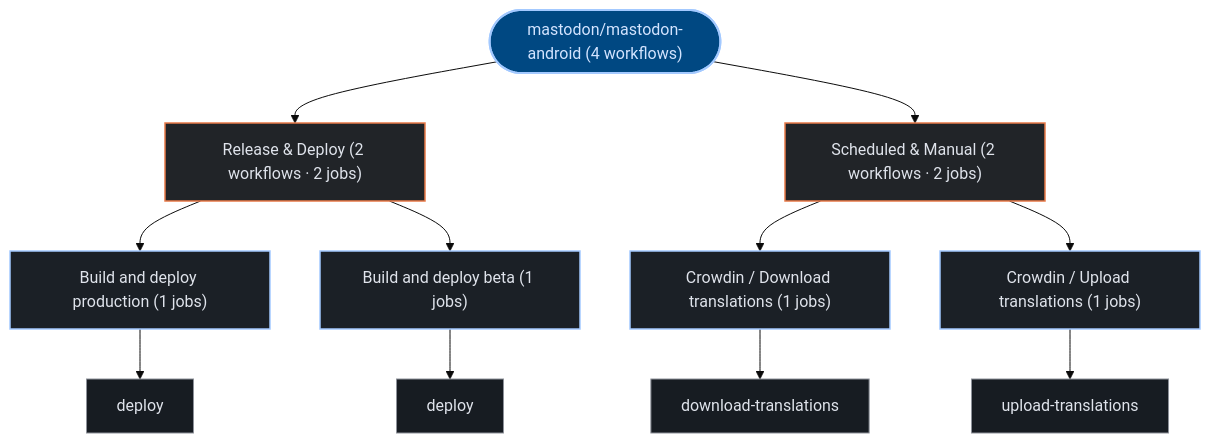
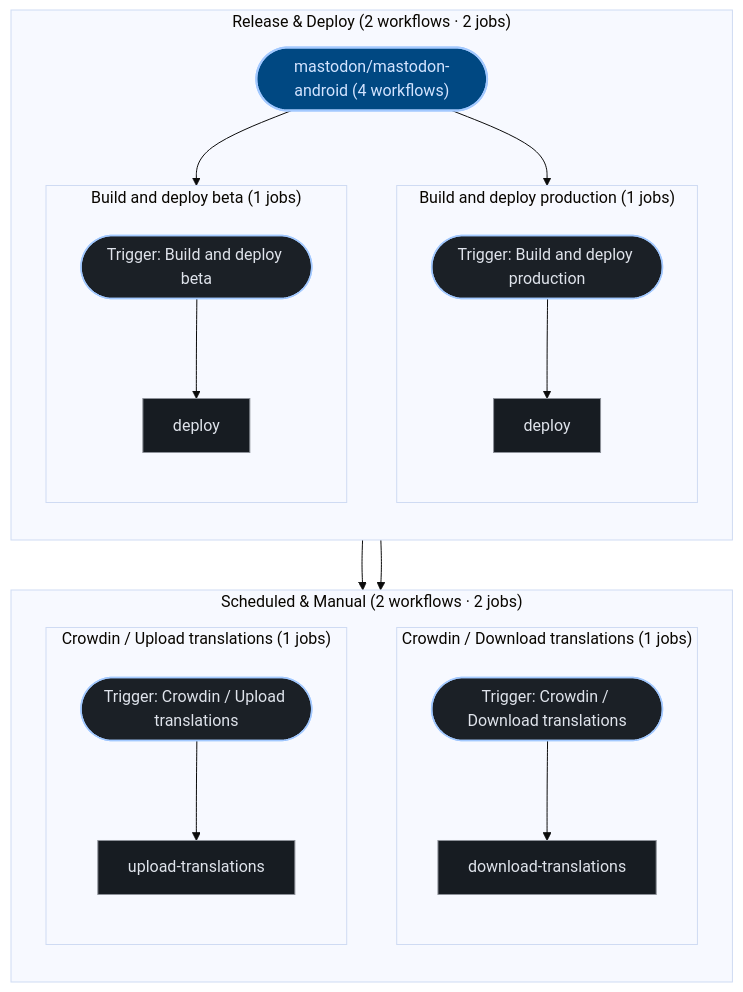
One commit to kumarshaz/atruss-code-atlas changed the second of 2 diagrams in exports/latest/reports/mastodon-mastodon-android-report.md. Above: the diagram before and after it, drawn with Mermaid (base theme). The commit also changed 181 other files, not shown here.

````diff
--- a/exports/latest/reports/mastodon-mastodon-android-report.md
+++ b/exports/latest/reports/mastodon-mastodon-android-report.md
@@ -106,31 +106,45 @@
 ```mermaid
 graph TD;
   classDef atlasRoot fill:#004882,stroke:#a3c9ff,stroke-width:2px,color:#d3e4ff
   classDef atlasCategory fill:#212428,stroke:#E87A48,stroke-width:1.5px,color:#dfe3eb
   classDef atlasWorkflow fill:#1b2026,stroke:#a3c9ff,stroke-width:1.5px,color:#dfe3eb
   classDef atlasJob fill:#171c22,stroke:#8d9199,stroke-width:1px,color:#dfe3eb
   classDef atlasTarget fill:#005227,stroke:#8bd99b,stroke-width:1.5px,color:#a7f6b6
   classDef atlasAlert fill:#93000a,stroke:#ffb4ab,stroke-width:1.5px,color:#ffdad6
   classDef atlasMore fill:#252a31,stroke:#8d9199,stroke-dasharray:4 4,color:#c3c6cf
   pipeline_root(["mastodon/mastodon-android (4 workflows)"]):::atlasRoot
-  grp_0_Release___Deploy["Release & Deploy (2 workflows · 2 jobs)"]:::atlasCategory
-  pipeline_root --> grp_0_Release___Deploy
-  wf_0_Build_and_deploy_production["Build and deploy production (1 jobs)"]:::atlasWorkflow
-  grp_0_Release___Deploy --> wf_0_Build_and_deploy_production
-  job_0_deploy["deploy"]:::atlasJob
-  wf_0_Build_and_deploy_production --> job_0_deploy
-  wf_1_Build_and_deploy_beta["Build and deploy beta (1 jobs)"]:::atlasWorkflow
-  grp_0_Release___Deploy --> wf_1_Build_and_deploy_beta
-  job_1_deploy["deploy"]:::atlasJob
-  wf_1_Build_and_deploy_beta --> job_1_deploy
-  grp_1_Scheduled___Manual["Scheduled & Manual (2 workflows · 2 jobs)"]:::atlasCategory
-  pipeline_root --> grp_1_Scheduled___Manual
-  wf_2_Crowdin___Download_translations["Crowdin / Download translations (1 jobs)"]:::atlasWorkflow
-  grp_1_Scheduled___Manual --> wf_2_Crowdin___Download_translations
-  job_2_download_translations["download-translations"]:::atlasJob
-  wf_2_Crowdin___Download_translations --> job_2_download_translations
-  wf_3_Crowdin___Upload_translations["Crowdin / Upload translations (1 jobs)"]:::atlasWorkflow
-  grp_1_Scheduled___Manual --> wf_3_Crowdin___Upload_translations
-  job_3_upload_translations["upload-translations"]:::atlasJob
-  wf_3_Crowdin___Upload_translations --> job_3_upload_translations
+  subgraph sg_grp_0_Release___Deploy["Release & Deploy (2 workflows · 2 jobs)"]
+    direction TB
+    subgraph sg_wf_0_Build_and_deploy_production["Build and deploy production (1 jobs)"]
+      direction TB
+      wf_0_Build_and_deploy_production(["Trigger: Build and deploy production"]):::atlasWorkflow
+      job_0_deploy["deploy"]:::atlasJob
+      wf_0_Build_and_deploy_production --> job_0_deploy
+    end
+    pipeline_root --> wf_0_Build_and_deploy_production
+    subgraph sg_wf_1_Build_and_deploy_beta["Build and deploy beta (1 jobs)"]
+      direction TB
+      wf_1_Build_and_deploy_beta(["Trigger: Build and deploy beta"]):::atlasWorkflow
+      job_1_deploy["deploy"]:::atlasJob
+      wf_1_Build_and_deploy_beta --> job_1_deploy
+    end
+    pipeline_root --> wf_1_Build_and_deploy_beta
+  end
+  subgraph sg_grp_1_Scheduled___Manual["Scheduled & Manual (2 workflows · 2 jobs)"]
+    direction TB
+    subgraph sg_wf_2_Crowdin___Download_translations["Crowdin / Download translations (1 jobs)"]
+      direction TB
+      wf_2_Crowdin___Download_translations(["Trigger: Crowdin / Download translations"]):::atlasWorkflow
+      job_2_download_translations["download-translations"]:::atlasJob
+      wf_2_Crowdin___Download_translations --> job_2_download_translations
+    end
+    pipeline_root --> wf_2_Crowdin___Download_translations
+    subgraph sg_wf_3_Crowdin___Upload_translations["Crowdin / Upload translations (1 jobs)"]
+      direction TB
+      wf_3_Crowdin___Upload_translations(["Trigger: Crowdin / Upload translations"]):::atlasWorkflow
+      job_3_upload_translations["upload-translations"]:::atlasJob
+      wf_3_Crowdin___Upload_translations --> job_3_upload_translations
+    end
+    pipeline_root --> wf_3_Crowdin___Upload_translations
+  end
 ```
````
